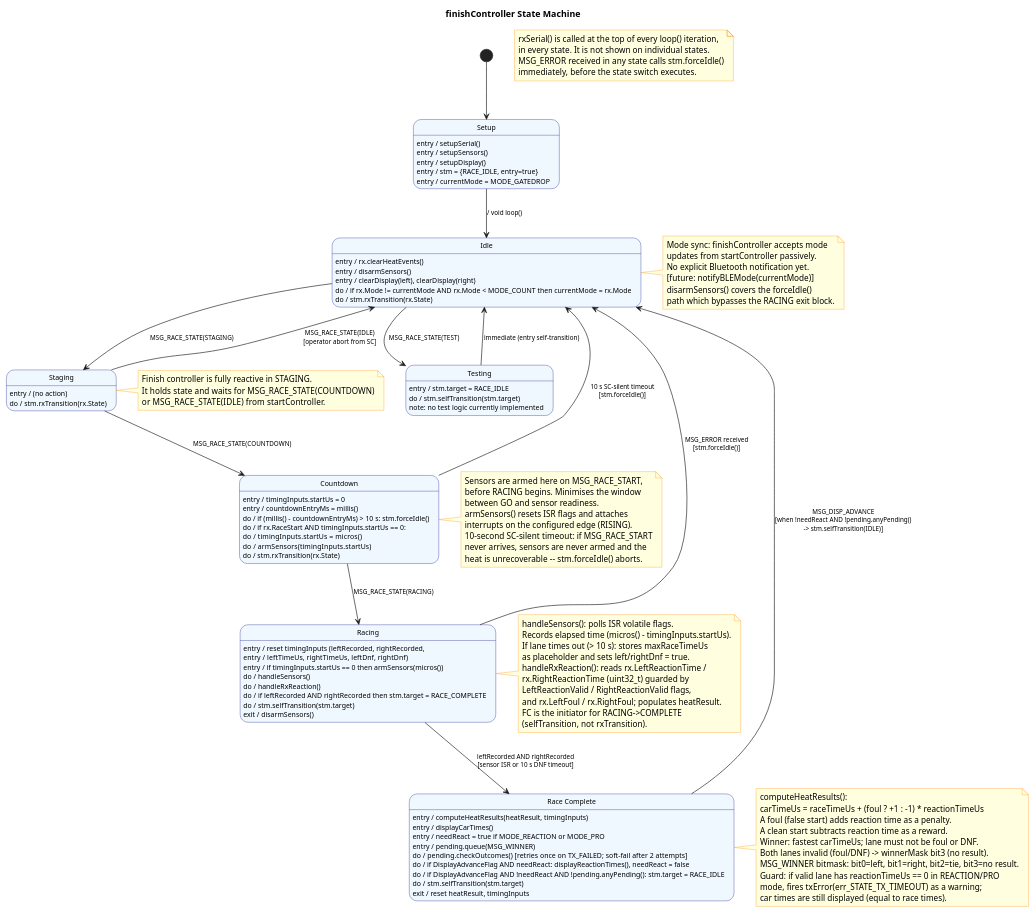
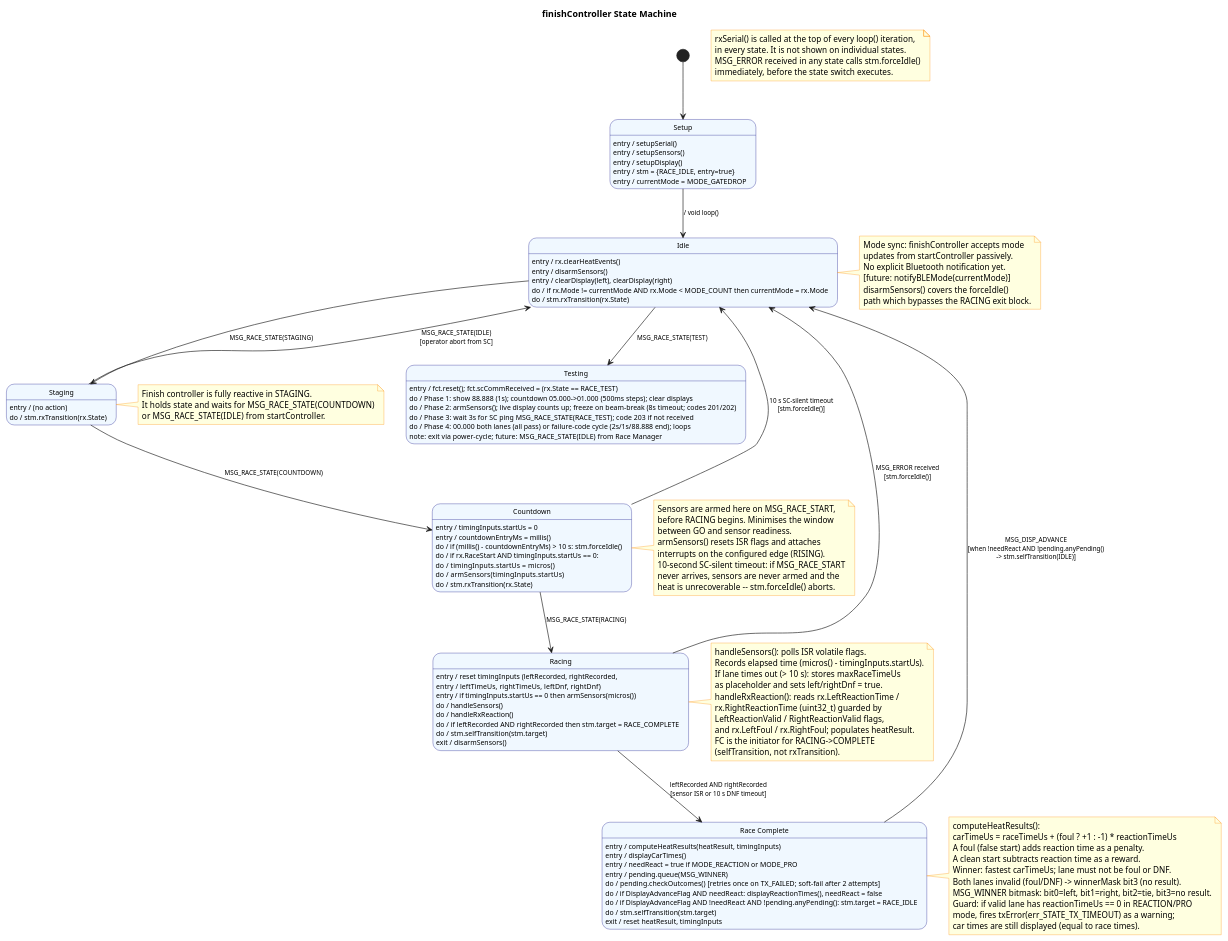
Before and after one commit to dgschaaf/DerbyTimer: the diagram in docs/PlantUML/stm_finishController.puml, drawn with PlantUML. The commit also changed 22 other files, not shown here.

Commit message:
Very large change consisting of an overhaul of the testing suite including all levels of testing and fleshing out the testing state on the SC and FC. This comprehensive and thorough testing is the initial version of testing that will be refined and checked.

```diff
--- a/docs/PlantUML/stm_finishController.puml
+++ b/docs/PlantUML/stm_finishController.puml
@@ -1,176 +1,178 @@
 @startuml finishController_STM
 skinparam state {
   BackgroundColor AliceBlue
   BorderColor Navy
   FontSize 11
   ArrowFontSize 10
 }
 skinparam noteBackgroundColor LightYellow
 skinparam noteBorderColor DarkOrange
 
 title finishController State Machine
 
 note as N_RX
   rxSerial() is called at the top of every loop() iteration,
   in every state. It is not shown on individual states.
   MSG_ERROR received in any state calls stm.forceIdle()
   immediately, before the state switch executes.
 end note
 
 [*] --> Setup
 
 ' ============================================================
 ' SETUP
 ' ============================================================
 state "Setup" as Setup {
   Setup : entry / setupSerial()
   Setup : entry / setupSensors()
   Setup : entry / setupDisplay()
   Setup : entry / stm = {RACE_IDLE, entry=true}
   Setup : entry / currentMode = MODE_GATEDROP
 }
 
 Setup --> Idle : / void loop()
 
 ' ============================================================
 ' IDLE
 ' ============================================================
 state "Idle" as Idle {
   Idle : entry / rx.clearHeatEvents()
   Idle : entry / disarmSensors()
   Idle : entry / clearDisplay(left), clearDisplay(right)
   Idle : do / if rx.Mode != currentMode AND rx.Mode < MODE_COUNT then currentMode = rx.Mode
   Idle : do / stm.rxTransition(rx.State)
 }
 
 note right of Idle
   Mode sync: finishController accepts mode
   updates from startController passively.
   No explicit Bluetooth notification yet.
   [future: notifyBLEMode(currentMode)]
   disarmSensors() covers the forceIdle()
   path which bypasses the RACING exit block.
 end note
 
 ' ============================================================
 ' STAGING
 ' ============================================================
 state "Staging" as Staging {
   Staging : entry / (no action)
   Staging : do / stm.rxTransition(rx.State)
 }
 
 note right of Staging
   Finish controller is fully reactive in STAGING.
   It holds state and waits for MSG_RACE_STATE(COUNTDOWN)
   or MSG_RACE_STATE(IDLE) from startController.
 end note
 
 ' ============================================================
 ' COUNTDOWN
 ' ============================================================
 state "Countdown" as Countdown {
   Countdown : entry / timingInputs.startUs = 0
   Countdown : entry / countdownEntryMs = millis()
   Countdown : do / if (millis() - countdownEntryMs) > 10 s: stm.forceIdle()
   Countdown : do / if rx.RaceStart AND timingInputs.startUs == 0:
   Countdown : do /   timingInputs.startUs = micros()
   Countdown : do /   armSensors(timingInputs.startUs)
   Countdown : do / stm.rxTransition(rx.State)
 }
 
 note right of Countdown
   Sensors are armed here on MSG_RACE_START,
   before RACING begins. Minimises the window
   between GO and sensor readiness.
   armSensors() resets ISR flags and attaches
   interrupts on the configured edge (RISING).
   10-second SC-silent timeout: if MSG_RACE_START
   never arrives, sensors are never armed and the
   heat is unrecoverable -- stm.forceIdle() aborts.
 end note
 
 ' ============================================================
 ' RACING
 ' ============================================================
 state "Racing" as Racing {
   Racing : entry / reset timingInputs (leftRecorded, rightRecorded,
   Racing : entry /   leftTimeUs, rightTimeUs, leftDnf, rightDnf)
   Racing : entry / if timingInputs.startUs == 0 then armSensors(micros())
   Racing : do / handleSensors()
   Racing : do / handleRxReaction()
   Racing : do / if leftRecorded AND rightRecorded then stm.target = RACE_COMPLETE
   Racing : do / stm.selfTransition(stm.target)
   Racing : exit / disarmSensors()
 }
 
 note right of Racing
   handleSensors(): polls ISR volatile flags.
   Records elapsed time (micros() - timingInputs.startUs).
   If lane times out (> 10 s): stores maxRaceTimeUs
   as placeholder and sets left/rightDnf = true.
   handleRxReaction(): reads rx.LeftReactionTime /
   rx.RightReactionTime (uint32_t) guarded by
   LeftReactionValid / RightReactionValid flags,
   and rx.LeftFoul / rx.RightFoul; populates heatResult.
   FC is the initiator for RACING->COMPLETE
   (selfTransition, not rxTransition).
 end note
 
 ' ============================================================
 ' RACE COMPLETE
 ' ============================================================
 state "Race Complete" as RaceComplete {
   RaceComplete : entry / computeHeatResults(heatResult, timingInputs)
   RaceComplete : entry / displayCarTimes()
   RaceComplete : entry / needReact = true if MODE_REACTION or MODE_PRO
   RaceComplete : entry / pending.queue(MSG_WINNER)
   RaceComplete : do / pending.checkOutcomes()  [retries once on TX_FAILED; soft-fail after 2 attempts]
   RaceComplete : do / if DisplayAdvanceFlag AND needReact: displayReactionTimes(), needReact = false
   RaceComplete : do / if DisplayAdvanceFlag AND !needReact AND !pending.anyPending(): stm.target = RACE_IDLE
   RaceComplete : do / stm.selfTransition(stm.target)
   RaceComplete : exit / reset heatResult, timingInputs
 }
 
 note right of RaceComplete
   computeHeatResults():
   carTimeUs = raceTimeUs + (foul ? +1 : -1) * reactionTimeUs
   A foul (false start) adds reaction time as a penalty.
   A clean start subtracts reaction time as a reward.
   Winner: fastest carTimeUs; lane must not be foul or DNF.
   Both lanes invalid (foul/DNF) -> winnerMask bit3 (no result).
   MSG_WINNER bitmask: bit0=left, bit1=right, bit2=tie, bit3=no result.
   Guard: if valid lane has reactionTimeUs == 0 in REACTION/PRO
   mode, fires txError(err_STATE_TX_TIMEOUT) as a warning;
   car times are still displayed (equal to race times).
 end note
 
 ' ============================================================
-' TESTING  (stub: immediately self-transitions to IDLE)
+' TESTING  (4-phase self-test; entered via MSG_RACE_STATE(RACE_TEST) from SC)
 ' ============================================================
 state "Testing" as Testing {
-  Testing : entry / stm.target = RACE_IDLE
-  Testing : do / stm.selfTransition(stm.target)
-  Testing : note: no test logic currently implemented
+  Testing : entry / fct.reset(); fct.scCommReceived = (rx.State == RACE_TEST)
+  Testing : do / Phase 1: show 88.888 (1s); countdown 05.000->01.000 (500ms steps); clear displays
+  Testing : do / Phase 2: armSensors(); live display counts up; freeze on beam-break (8s timeout; codes 201/202)
+  Testing : do / Phase 3: wait 3s for SC ping MSG_RACE_STATE(RACE_TEST); code 203 if not received
+  Testing : do / Phase 4: 00.000 both lanes (all pass) or failure-code cycle (2s/1s/88.888 end); loops
+  Testing : note: exit via power-cycle; future: MSG_RACE_STATE(IDLE) from Race Manager
 }
 
 ' ============================================================
 ' TRANSITIONS
 ' ============================================================
 Idle        --> Staging      : MSG_RACE_STATE(STAGING)
 Idle        --> Testing      : MSG_RACE_STATE(TEST)
 
 Staging     --> Countdown    : MSG_RACE_STATE(COUNTDOWN)
 Staging     --> Idle         : MSG_RACE_STATE(IDLE)\n[operator abort from SC]
 
 Countdown   --> Racing       : MSG_RACE_STATE(RACING)
 Countdown   --> Idle         : 10 s SC-silent timeout\n[stm.forceIdle()]
 
 Racing      --> RaceComplete : leftRecorded AND rightRecorded\n[sensor ISR or 10 s DNF timeout]
 Racing      --> Idle         : MSG_ERROR received\n[stm.forceIdle()]
 
 RaceComplete --> Idle        : MSG_DISP_ADVANCE\n[when !needReact AND !pending.anyPending()\n-> stm.selfTransition(IDLE)]
 
-Testing     --> Idle         : immediate (entry self-transition)
 
 @enduml
```
